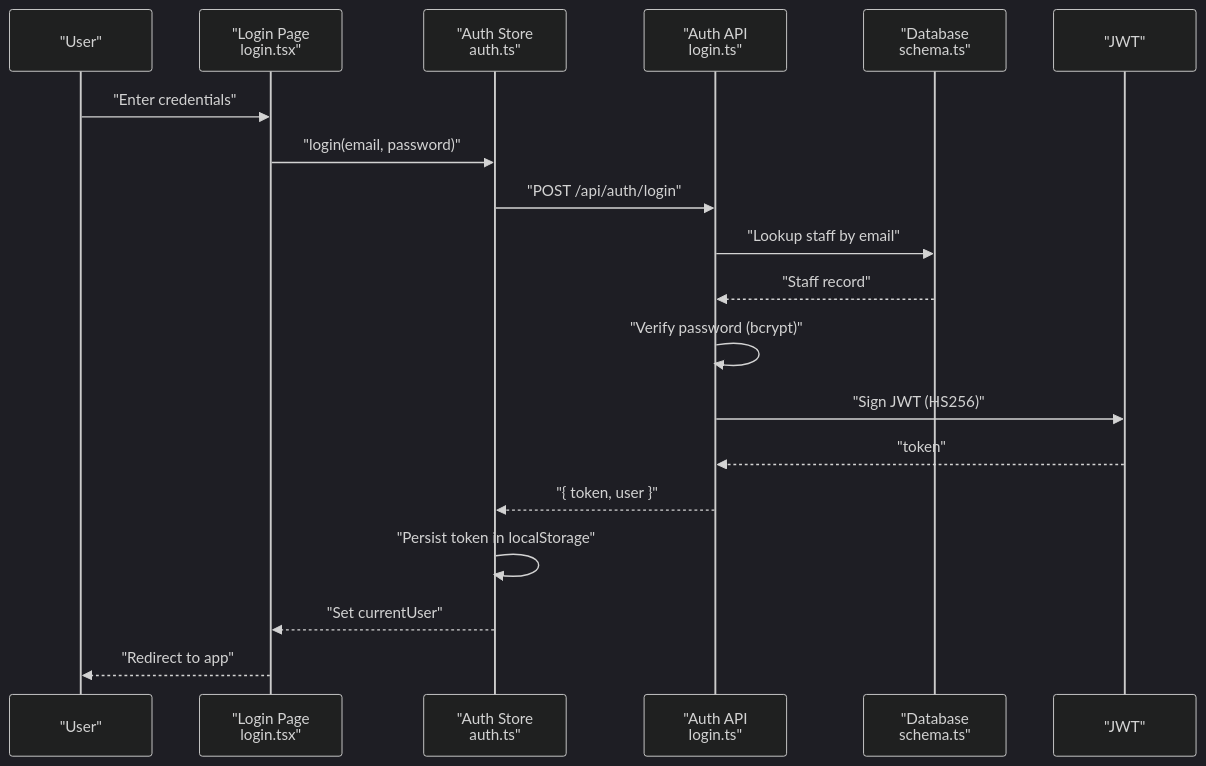
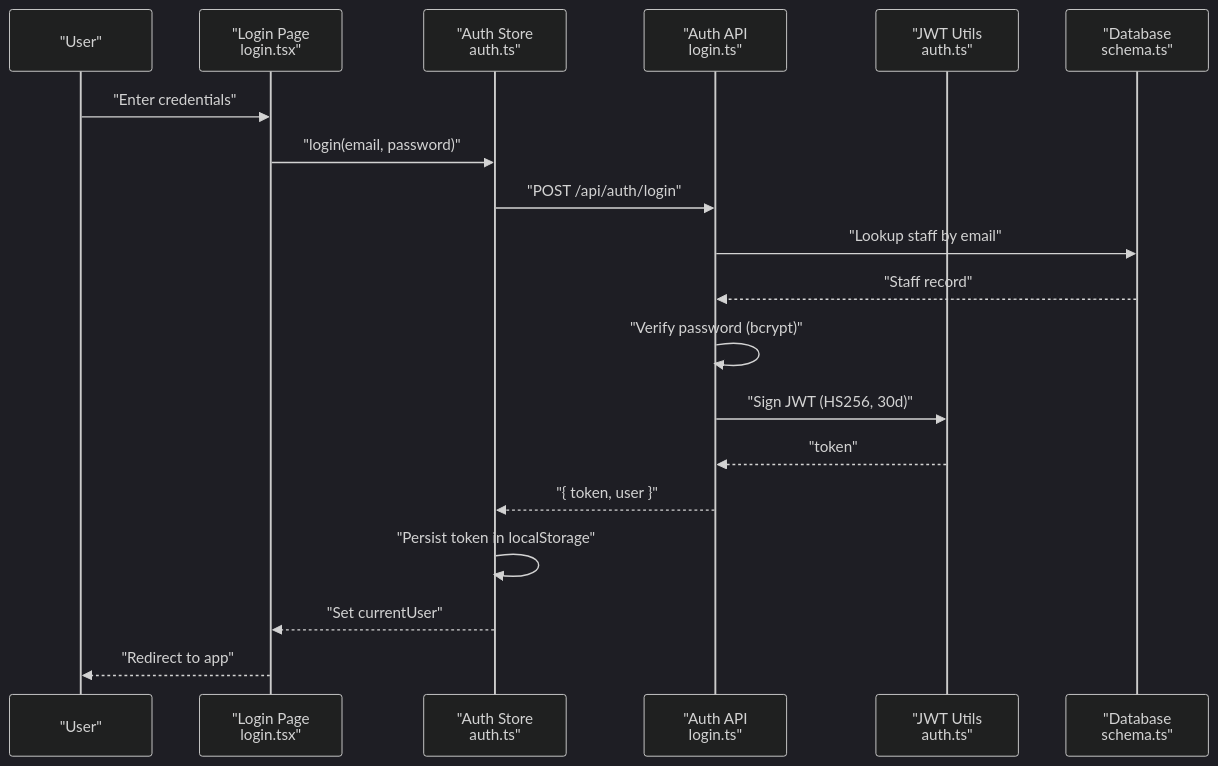
The second of 8 diagrams in .qoder/repowiki/en/content/Authentication & Authorization.md (riod94/ngepos), drawn with Mermaid (dark theme) before and after one commit. The commit also changed other lines of this file and 51 other files, not shown here.

````diff
--- a/.qoder/repowiki/en/content/Authentication & Authorization.md
+++ b/.qoder/repowiki/en/content/Authentication & Authorization.md
@@ -154,21 +179,21 @@
 ```mermaid
 sequenceDiagram
 participant U as "User"
 participant P as "Login Page<br/>login.tsx"
 participant S as "Auth Store<br/>auth.ts"
 participant R as "Auth API<br/>login.ts"
+participant JWT as "JWT Utils<br/>auth.ts"
 participant DB as "Database<br/>schema.ts"
-participant JWT as "JWT"
 U->>P : "Enter credentials"
 P->>S : "login(email, password)"
 S->>R : "POST /api/auth/login"
 R->>DB : "Lookup staff by email"
 DB-->>R : "Staff record"
 R->>R : "Verify password (bcrypt)"
-R->>JWT : "Sign JWT (HS256)"
+R->>JWT : "Sign JWT (HS256, 30d)"
 JWT-->>R : "token"
 R-->>S : "{ token, user }"
 S->>S : "Persist token in localStorage"
 S-->>P : "Set currentUser"
 P-->>U : "Redirect to app"
 ```
````
